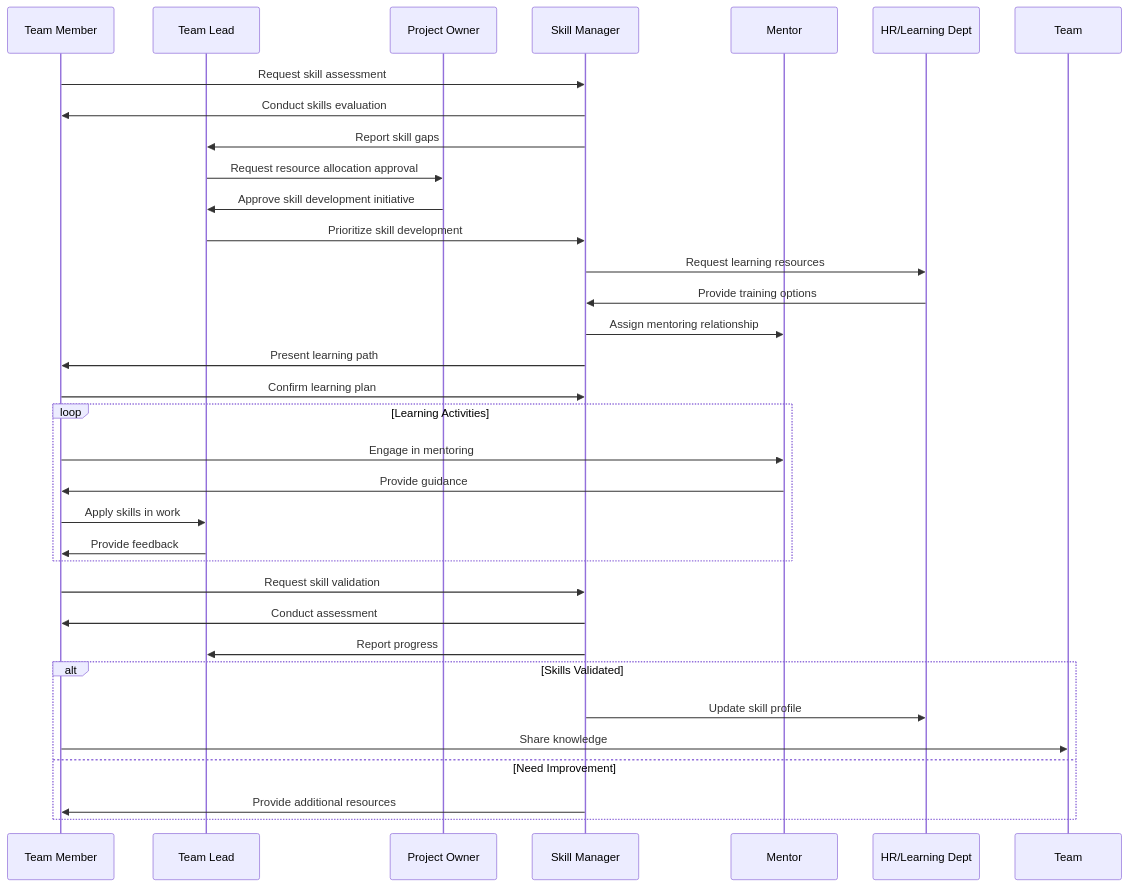
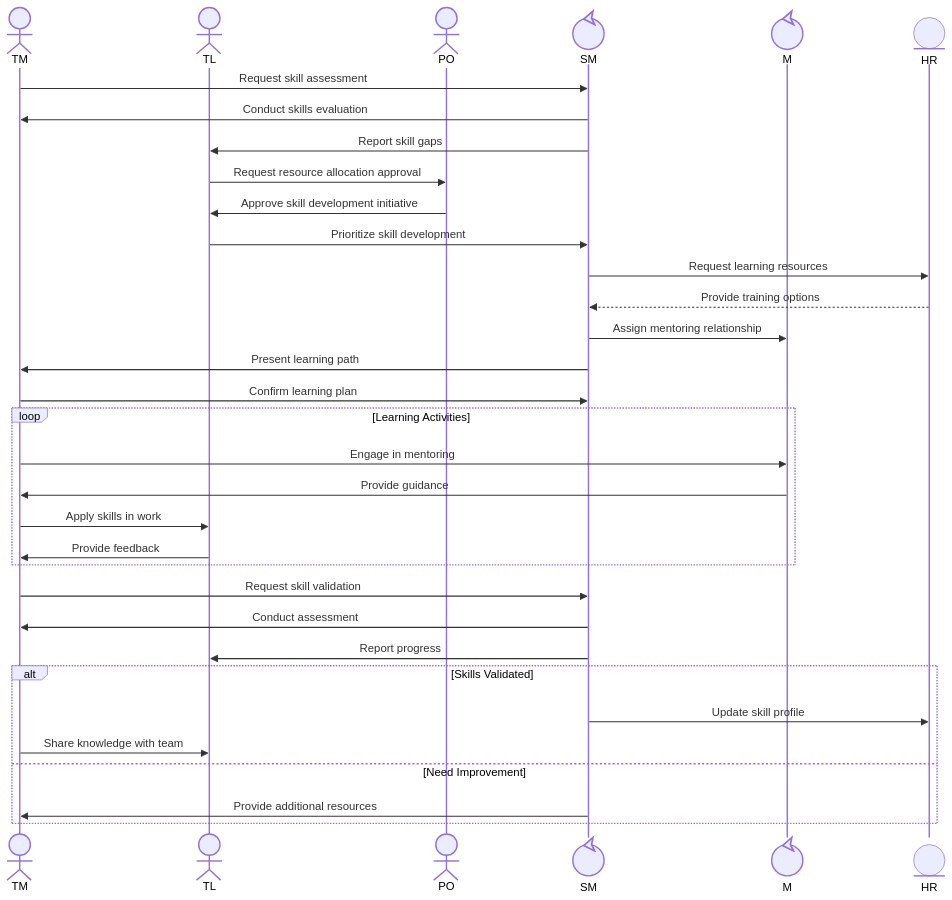
One commit to zhongadamwang/AI_Slowcooker changed the first of 8 diagrams in OrgDocument/orgModel/01 - Skill Development Process/collaboration.md. Above: the diagram before and after it, drawn with Mermaid. The commit also changed other lines of this file and 6 other files, not shown here.

````diff
--- a/OrgDocument/orgModel/01 - Skill Development Process/collaboration.md
+++ b/OrgDocument/orgModel/01 - Skill Development Process/collaboration.md
@@ -7,41 +7,48 @@
 ```mermaid
 sequenceDiagram
-    participant TM as Team Member
-    participant TL as Team Lead
-    participant PO as Project Owner
-    participant SM as Skill Manager
-    participant M as Mentor
-    participant HR as HR/Learning Dept
-    
+    %% ─────────────────────────────────────────────────────
+    %% Participant Classification (human workflow — no system box boundaries)
+    %% TM, TL, PO : external human actors
+    %% SM, M      : process coordinators (control)
+    %% HR         : resource / data provider (entity)
+    %% ─────────────────────────────────────────────────────
+
+    participant TM@{ "type": "actor", "label": "Team Member" }
+    participant TL@{ "type": "actor", "label": "Team Lead" }
+    participant PO@{ "type": "actor", "label": "Project Owner" }
+    participant SM@{ "type": "control", "label": "Skill Manager" }
+    participant M@{ "type": "control", "label": "Mentor" }
+    participant HR@{ "type": "entity", "label": "HR / Learning Dept" }
+
     TM->>SM: Request skill assessment
     SM->>TM: Conduct skills evaluation
     SM->>TL: Report skill gaps
     TL->>PO: Request resource allocation approval
     PO->>TL: Approve skill development initiative
     TL->>SM: Prioritize skill development
-    
+
     SM->>HR: Request learning resources
-    HR->>SM: Provide training options
+    HR-->>SM: Provide training options
     SM->>M: Assign mentoring relationship
-    
+
     SM->>TM: Present learning path
     TM->>SM: Confirm learning plan
-    
+
     loop Learning Activities
         TM->>M: Engage in mentoring
         M->>TM: Provide guidance
         TM->>TL: Apply skills in work
         TL->>TM: Provide feedback
     end
-    
+
     TM->>SM: Request skill validation
     SM->>TM: Conduct assessment
     SM->>TL: Report progress
-    
+
     alt Skills Validated
         SM->>HR: Update skill profile
-        TM->>Team: Share knowledge
+        TM->>TL: Share knowledge with team
     else Need Improvement
         SM->>TM: Provide additional resources
     end
 ```
````
